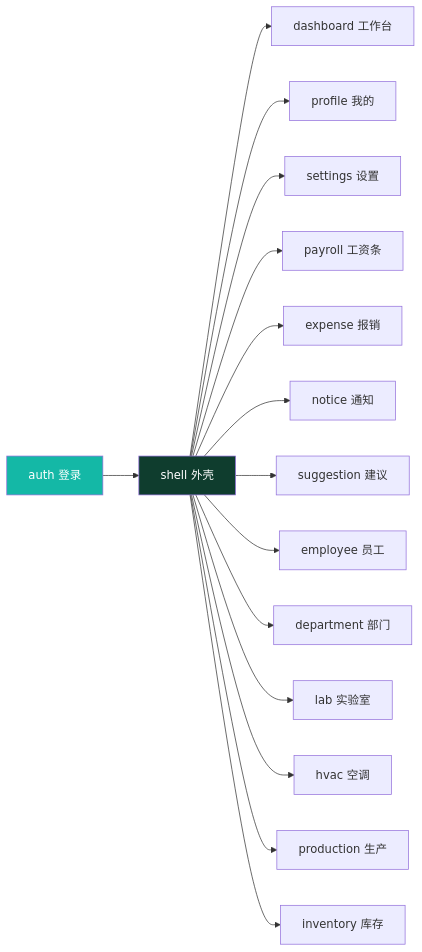
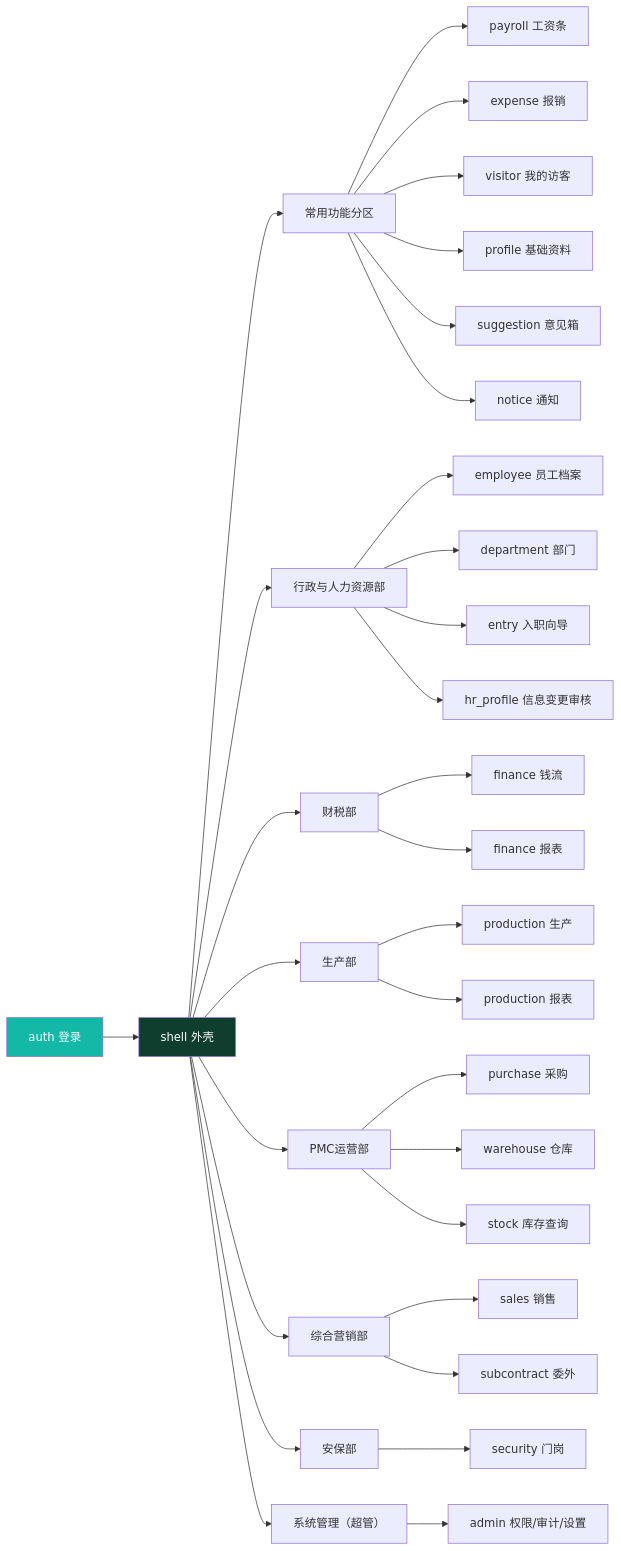
Before and after one commit to BruceChu0424/utenelec_imp: the third of 4 diagrams in docs/05-架构/架构总览.md, drawn with Mermaid. The commit also changed other lines of this file and 210 other files, not shown here.

````diff
--- a/docs/05-架构/架构总览.md
+++ b/docs/05-架构/架构总览.md
@@ -152,20 +179,43 @@
 ```mermaid
 graph LR
     Auth[auth 登录] --> Shell[shell 外壳]
-    Shell --> Dashboard[dashboard 工作台]
-    Shell --> Profile[profile 我的]
-    Shell --> Settings[settings 设置]
-    Shell --> Payroll[payroll 工资条]
-    Shell --> Expense[expense 报销]
-    Shell --> Notice[notice 通知]
-    Shell --> Suggestion[suggestion 建议]
-    Shell --> Employee[employee 员工]
-    Shell --> Department[department 部门]
-    Shell --> Lab[lab 实验室]
-    Shell --> Hvac[hvac 空调]
-    Shell --> Production[production 生产]
-    Shell --> Inventory[inventory 库存]
+    Shell --> Common[常用功能分区]
+    Common --> Payroll[payroll 工资条]
+    Common --> Expense[expense 报销]
+    Common --> Visitor[visitor 我的访客]
+    Common --> Profile[profile 基础资料]
+    Common --> Suggestion[suggestion 意见箱]
+    Common --> Notice[notice 通知]
+
+    Shell --> HR[行政与人力资源部]
+    HR --> Employee[employee 员工档案]
+    HR --> Department[department 部门]
+    HR --> Entry[entry 入职向导]
+    HR --> HrProfile[hr_profile 信息变更审核]
+
+    Shell --> Fin[财税部]
+    Fin --> Finance[finance 钱流]
+    Fin --> FinanceReport[finance 报表]
+
+    Shell --> Prod[生产部]
+    Prod --> Production[production 生产]
+    Prod --> ProductionReport[production 报表]
+
+    Shell --> Pmc[PMC运营部]
+    Pmc --> Purchase[purchase 采购]
+    Pmc --> Warehouse[warehouse 仓库]
+    Pmc --> Stock[stock 库存查询]
+
+    Shell --> Sales[综合营销部]
+    Sales --> SalesMod[sales 销售]
+    Sales --> Subcontract[subcontract 委外]
+
+    Shell --> Security[安保部]
+    Security --> SecurityScan[security 门岗]
+
+    Shell --> System[系统管理（超管）]
+    System --> Admin[admin 权限/审计/设置]
 
     style Auth fill:#14B8A6,color:#fff
     style Shell fill:#0F3D2E,color:#fff
 ```
````
